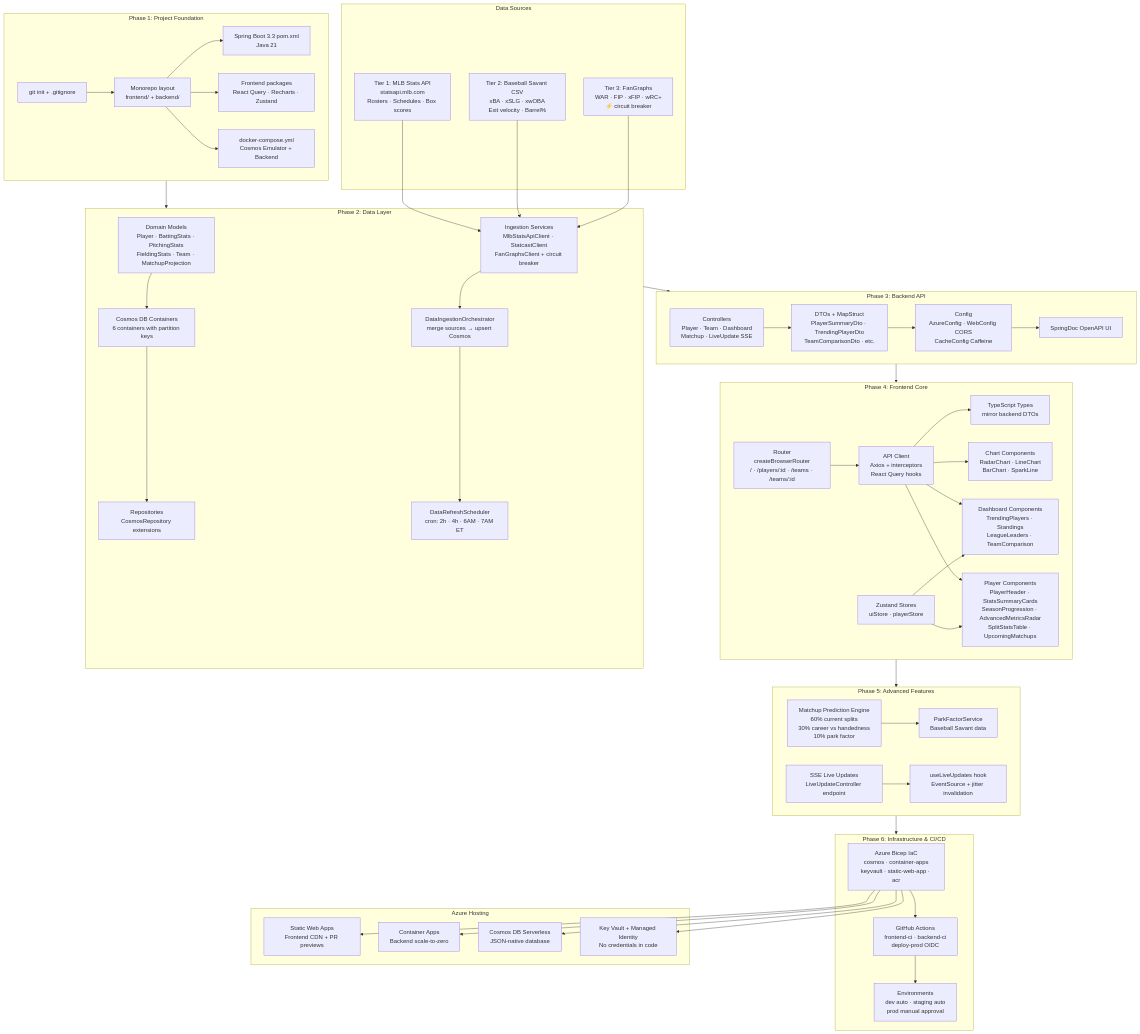
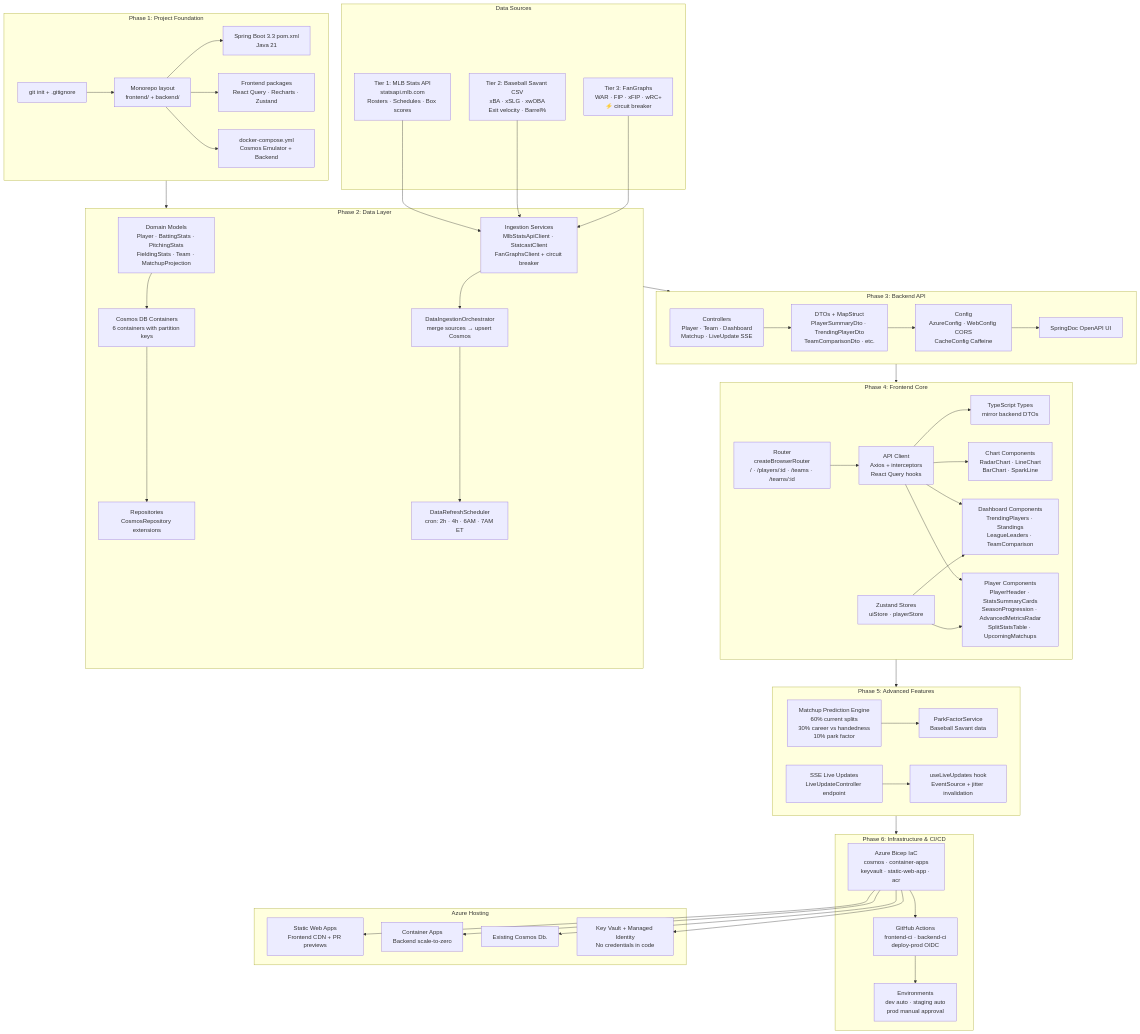
One commit to msmele345/Buzzball changed the first of 2 diagrams in agent-docs/project_details.md. Above: the diagram before and after it, drawn with Mermaid. The commit also changed 3 other files, not shown here.

````diff
--- a/agent-docs/project_details.md
+++ b/agent-docs/project_details.md
@@ -3,78 +3,78 @@
 ```mermaid
 flowchart TD
     subgraph P1["Phase 1: Project Foundation"]
         P1A[git init + .gitignore]
         P1B[Monorepo layout\nfrontend/ + backend/]
         P1C[Spring Boot 3.3 pom.xml\nJava 21]
         P1D[Frontend packages\nReact Query · Recharts · Zustand]
         P1E[docker-compose.yml\nCosmos Emulator + Backend]
         P1A --> P1B --> P1C
         P1B --> P1D
         P1B --> P1E
     end
 
     subgraph P2["Phase 2: Data Layer"]
         P2A[Domain Models\nPlayer · BattingStats · PitchingStats\nFieldingStats · Team · MatchupProjection]
         P2B[Cosmos DB Containers\n6 containers with partition keys]
         P2C[Repositories\nCosmosRepository extensions]
         P2D[Ingestion Services\nMlbStatsApiClient · StatcastClient\nFanGraphsClient + circuit breaker]
         P2E[DataIngestionOrchestrator\nmerge sources → upsert Cosmos]
         P2F[DataRefreshScheduler\ncron: 2h · 4h · 6AM · 7AM ET]
         P2A --> P2B --> P2C
         P2D --> P2E --> P2F
     end
 
     subgraph P3["Phase 3: Backend API"]
         P3A[Controllers\nPlayer · Team · Dashboard\nMatchup · LiveUpdate SSE]
         P3B[DTOs + MapStruct\nPlayerSummaryDto · TrendingPlayerDto\nTeamComparisonDto · etc.]
         P3C[Config\nAzureConfig · WebConfig CORS\nCacheConfig Caffeine]
         P3D[SpringDoc OpenAPI UI]
         P3A --> P3B --> P3C --> P3D
     end
 
     subgraph P4["Phase 4: Frontend Core"]
         P4A[Router\ncreateBrowserRouter\n/ · /players/:id · /teams · /teams/:id]
         P4B[API Client\nAxios + interceptors\nReact Query hooks]
         P4C[TypeScript Types\nmirror backend DTOs]
         P4D[Chart Components\nRadarChart · LineChart\nBarChart · SparkLine]
         P4E[Dashboard Components\nTrendingPlayers · Standings\nLeagueLeaders · TeamComparison]
         P4F[Player Components\nPlayerHeader · StatsSummaryCards\nSeasonProgression · AdvancedMetricsRadar\nSplitStatsTable · UpcomingMatchups]
         P4G[Zustand Stores\nuiStore · playerStore]
         P4A --> P4B --> P4C
         P4B --> P4D & P4E & P4F
         P4G --> P4E & P4F
     end
 
     subgraph P5["Phase 5: Advanced Features"]
         P5A[Matchup Prediction Engine\n60% current splits\n30% career vs handedness\n10% park factor]
         P5B[ParkFactorService\nBaseball Savant data]
         P5C[SSE Live Updates\nLiveUpdateController endpoint]
         P5D[useLiveUpdates hook\nEventSource + jitter invalidation]
         P5A --> P5B
         P5C --> P5D
     end
 
     subgraph P6["Phase 6: Infrastructure & CI/CD"]
         P6A[Azure Bicep IaC\ncosmos · container-apps\nkeyvault · static-web-app · acr]
         P6B[GitHub Actions\nfrontend-ci · backend-ci\ndeploy-prod OIDC]
         P6C[Environments\ndev auto · staging auto\nprod manual approval]
         P6A --> P6B --> P6C
     end
 
     subgraph DS["Data Sources"]
         DS1["Tier 1: MLB Stats API\nstatsapi.mlb.com\nRosters · Schedules · Box scores"]
         DS2["Tier 2: Baseball Savant CSV\nxBA · xSLG · xwOBA\nExit velocity · Barrel%"]
         DS3["Tier 3: FanGraphs\nWAR · FIP · xFIP · wRC+\n⚡ circuit breaker"]
     end
 
     subgraph HOST["Azure Hosting"]
         H1[Static Web Apps\nFrontend CDN + PR previews]
         H2[Container Apps\nBackend scale-to-zero]
-        H3[Cosmos DB Serverless\nJSON-native database]
+        H3[Existing Cosmos Db. ]
         H4[Key Vault + Managed Identity\nNo credentials in code]
     end
 
     P1 --> P2 --> P3 --> P4 --> P5 --> P6
     DS1 & DS2 & DS3 --> P2D
     P6A --> H1 & H2 & H3 & H4
 ```
````
